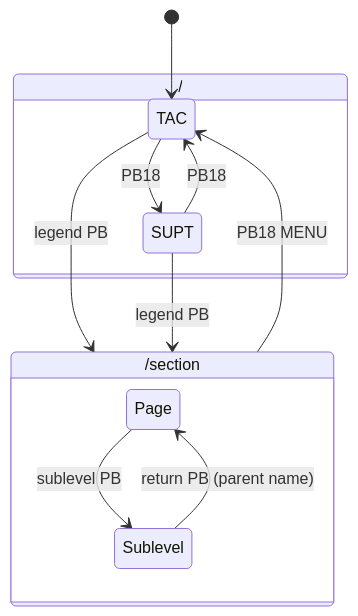
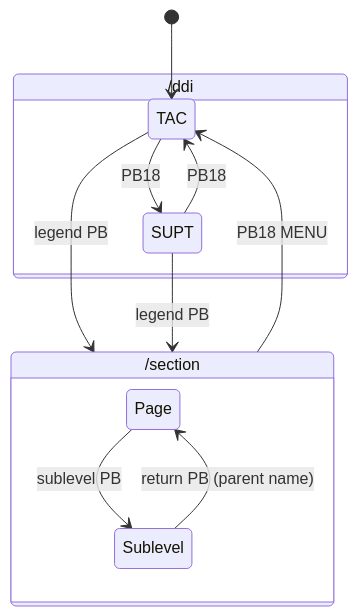
Before and after one commit to dMARLAN/personal-website: the diagram in docs/design.md, drawn with Mermaid. The commit also changed other lines of this file and 74 other files, not shown here.

First line of the commit message:
Add a standard homepage at / and move the DDI menu to /ddi

````diff
--- a/docs/design.md
+++ b/docs/design.md
@@ -660,15 +663,15 @@
 ```mermaid
 stateDiagram-v2
   [*] --> TAC
-  state "/" as Menu {
+  state "/ddi" as Menu {
     TAC --> SUPT: PB18
     SUPT --> TAC: PB18
   }
   TAC --> Section: legend PB
   SUPT --> Section: legend PB
   state "/section" as Section {
     Page --> Sublevel: sublevel PB
     Sublevel --> Page: return PB (parent name)
   }
   Section --> TAC: PB18 MENU
 ```
````
